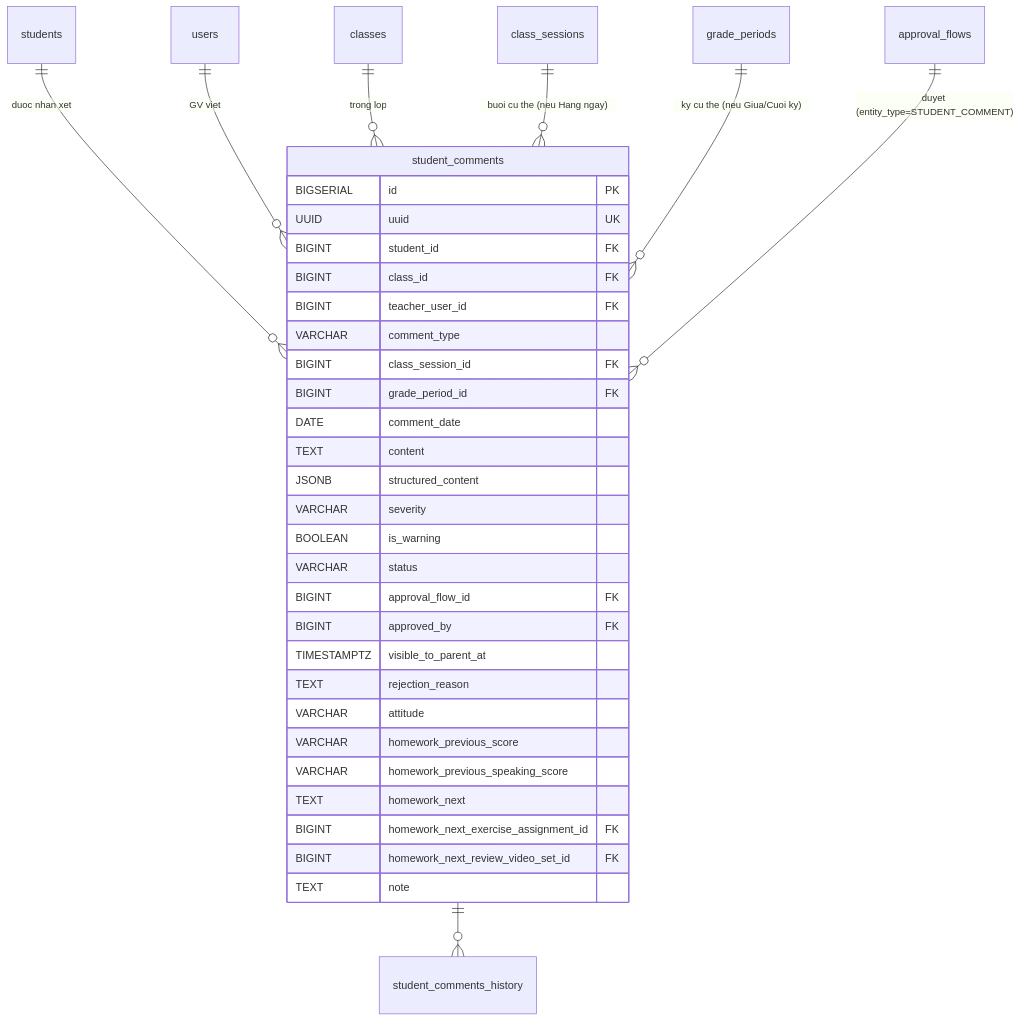
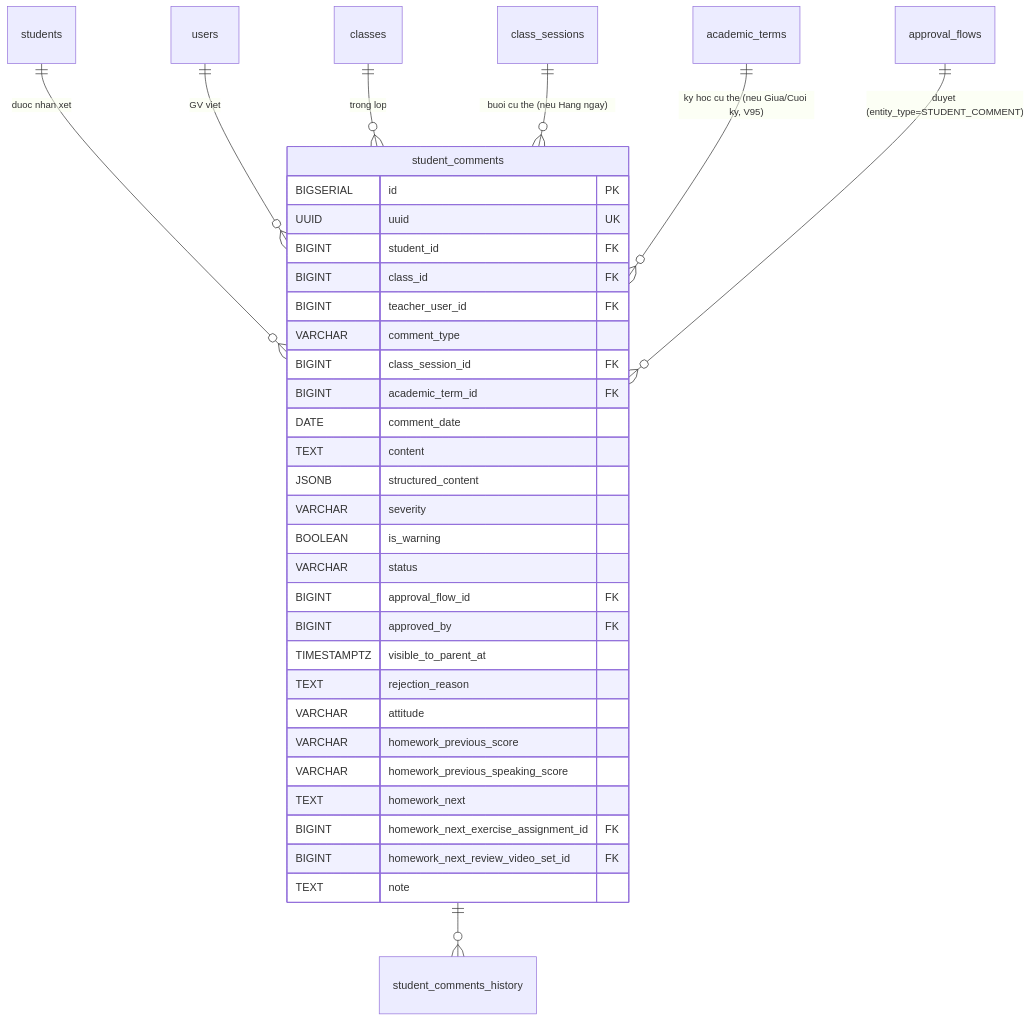
The fourth of 4 diagrams in docs/sdd-groups/06-hoc-thuat.md (langtuananh2424/pps-education), drawn with Mermaid before and after one commit. The commit also changed other lines of this file and 76 other files, not shown here.

First line of the commit message:
feat(academic): consolidate so diem vao academic_terms + tich hop nhan xet ky

````diff
--- a/docs/sdd-groups/06-hoc-thuat.md
+++ b/docs/sdd-groups/06-hoc-thuat.md
@@ -1439,39 +1252,39 @@
 ```mermaid
 erDiagram
     students ||--o{ student_comments : "duoc nhan xet"
     users ||--o{ student_comments : "GV viet"
     classes ||--o{ student_comments : "trong lop"
     class_sessions ||--o{ student_comments : "buoi cu the (neu Hang ngay)"
-    grade_periods ||--o{ student_comments : "ky cu the (neu Giua/Cuoi ky)"
+    academic_terms ||--o{ student_comments : "ky hoc cu the (neu Giua/Cuoi ky, V95)"
 
     student_comments ||--o{ student_comments_history : ""
     approval_flows ||--o{ student_comments : "duyet (entity_type=STUDENT_COMMENT)"
 
     student_comments {
         BIGSERIAL id PK
         UUID uuid UK
         BIGINT student_id FK
         BIGINT class_id FK
         BIGINT teacher_user_id FK
         VARCHAR comment_type
         BIGINT class_session_id FK
-        BIGINT grade_period_id FK
+        BIGINT academic_term_id FK
         DATE comment_date
         TEXT content
         JSONB structured_content
         VARCHAR severity
         BOOLEAN is_warning
         VARCHAR status
         BIGINT approval_flow_id FK
         BIGINT approved_by FK
         TIMESTAMPTZ visible_to_parent_at
         TEXT rejection_reason
         VARCHAR attitude
         VARCHAR homework_previous_score
         VARCHAR homework_previous_speaking_score
         TEXT homework_next
         BIGINT homework_next_exercise_assignment_id FK
         BIGINT homework_next_review_video_set_id FK
         TEXT note
     }
 ```
````
